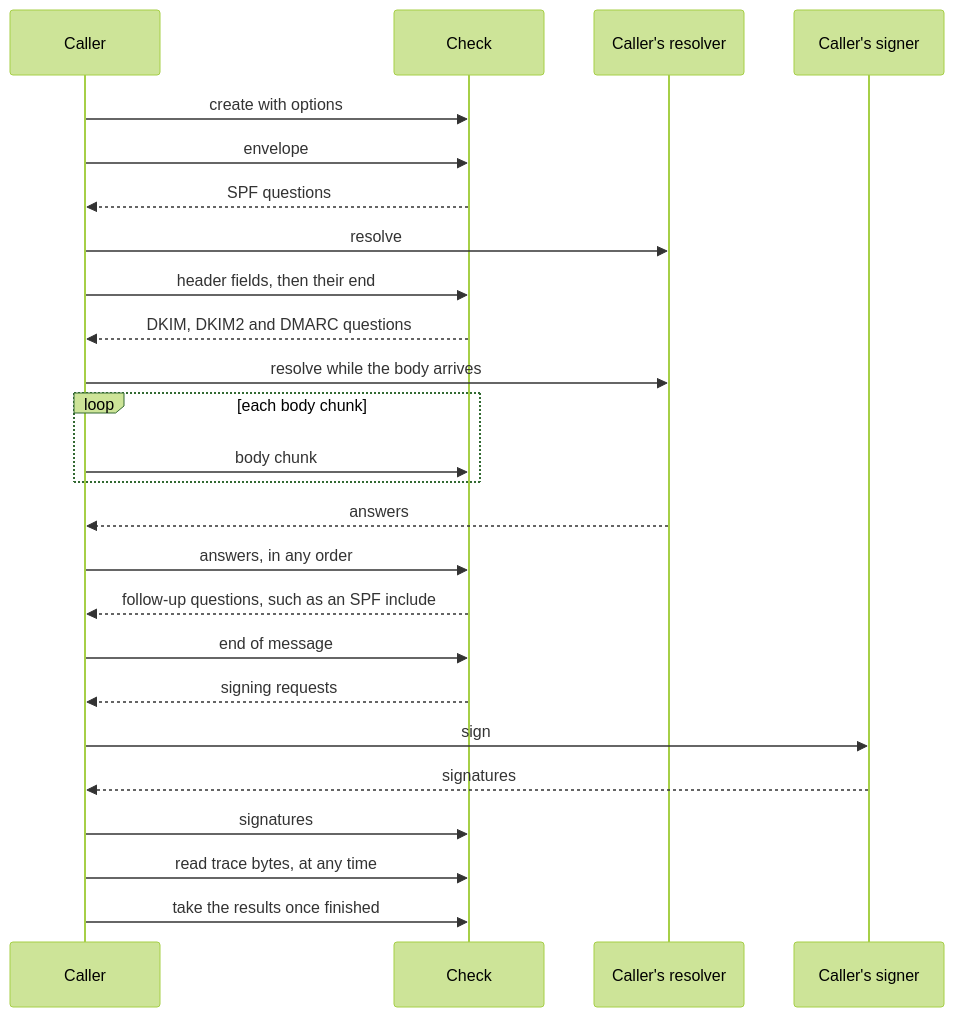
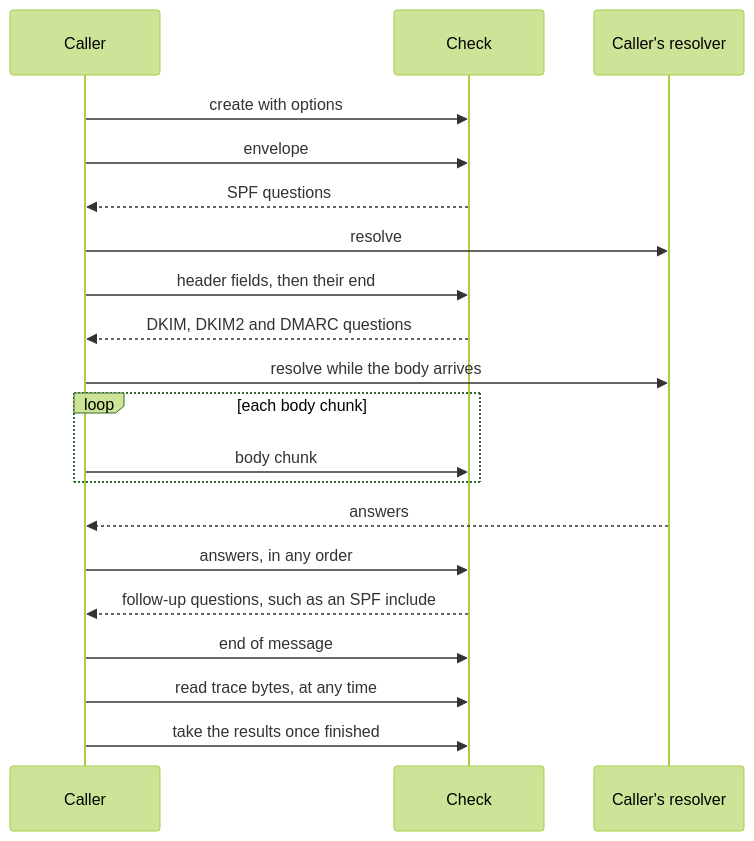
One commit to photom/hallmark changed the first of 9 diagrams in docs/reference/design/lifecycle.md. Above: the diagram before and after it, drawn with Mermaid (forest theme). The commit also changed other lines of this file and 48 other files, not shown here.

First line of the commit message:
Give the signing caller its own entry type, Signing, apart from Check (#19)

````diff
--- a/docs/reference/design/lifecycle.md
+++ b/docs/reference/design/lifecycle.md
@@ -18,27 +18,22 @@
 ```mermaid
 sequenceDiagram
     participant Caller
     participant Check
     participant Resolver as Caller's resolver
-    participant Signer as Caller's signer
     Caller->>Check: create with options
     Caller->>Check: envelope
     Check-->>Caller: SPF questions
     Caller->>Resolver: resolve
     Caller->>Check: header fields, then their end
     Check-->>Caller: DKIM, DKIM2 and DMARC questions
     Caller->>Resolver: resolve while the body arrives
     loop each body chunk
         Caller->>Check: body chunk
     end
     Resolver-->>Caller: answers
     Caller->>Check: answers, in any order
     Check-->>Caller: follow-up questions, such as an SPF include
     Caller->>Check: end of message
-    Check-->>Caller: signing requests
-    Caller->>Signer: sign
-    Signer-->>Caller: signatures
-    Caller->>Check: signatures
     Caller->>Check: read trace bytes, at any time
     Caller->>Check: take the results once finished
 ```
````
